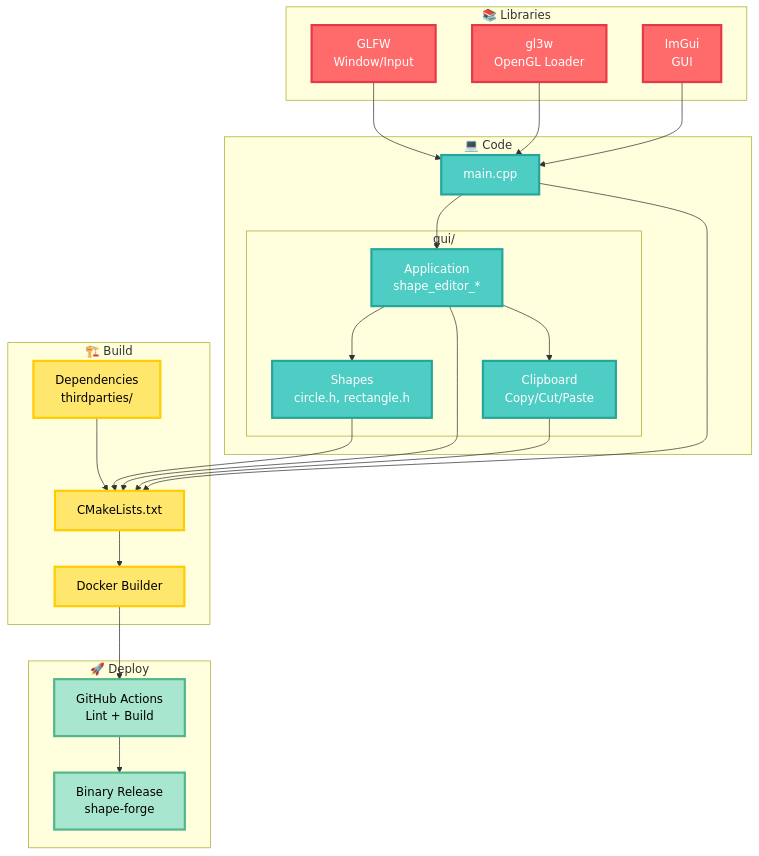
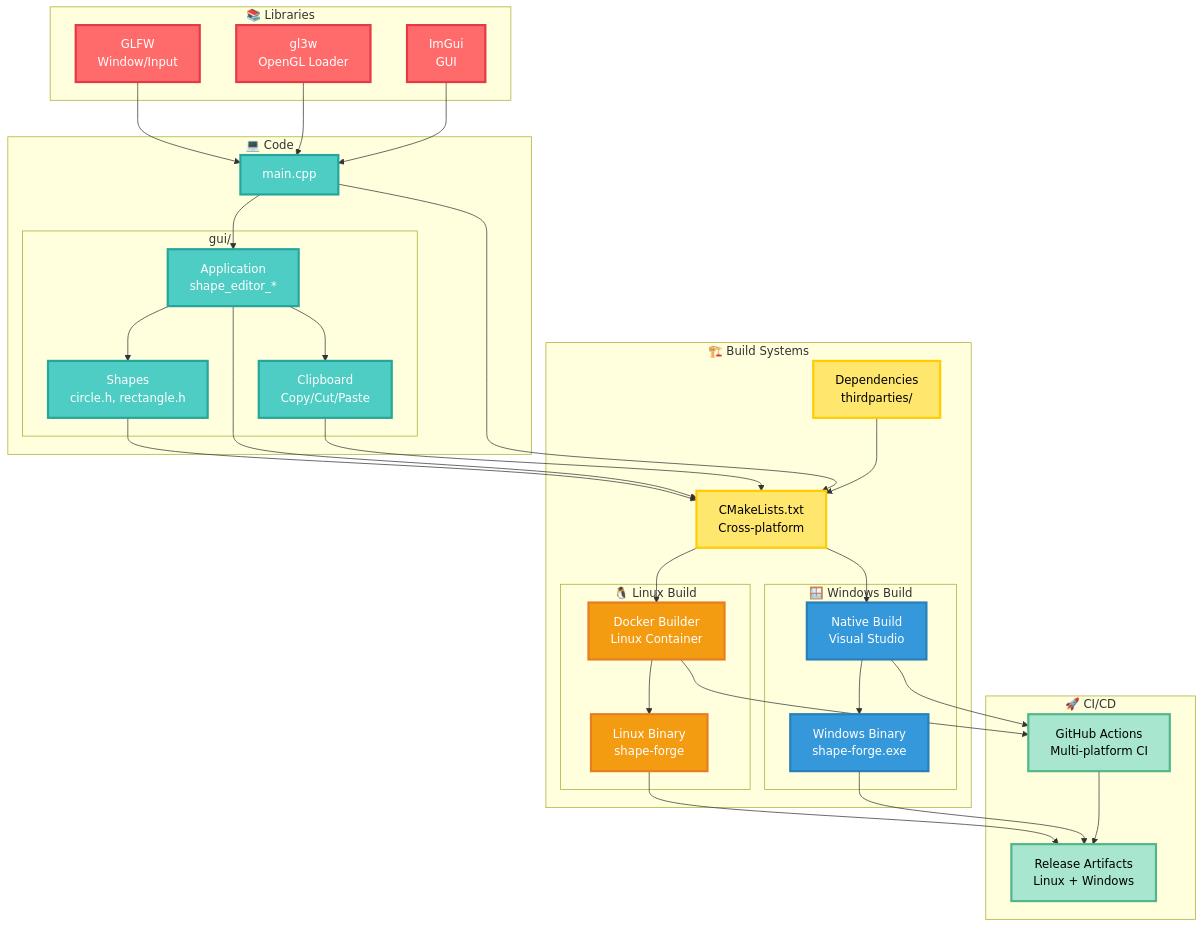
Before and after one commit to hung-truongqc/shape-forge: the diagram in README.md, drawn with Mermaid. The commit also changed other lines of this file and 10 other files, not shown here.

````diff
--- a/README.md
+++ b/README.md
@@ -50,20 +50,29 @@
         end
     end
 
-    %% Build
-    subgraph "🏗️ Build"
-        CMAKE["CMakeLists.txt"]
-        DOCKER["Docker Builder"]
+    %% Build Systems
+    subgraph "🏗️ Build Systems"
+        CMAKE["CMakeLists.txt<br/>Cross-platform"]
         DEPS["Dependencies<br/>thirdparties/"]
+        
+        subgraph "🐧 Linux Build"
+            DOCKER["Docker Builder<br/>Linux Container"]
+            LINUXBIN["Linux Binary<br/>shape-forge"]
+        end
+        
+        subgraph "🪟 Windows Build"
+            NATIVE["Native Build<br/>Visual Studio"]
+            WINBIN["Windows Binary<br/>shape-forge.exe"]
+        end
     end
 
     %% Deploy
-    subgraph "🚀 Deploy"
-        CI["GitHub Actions<br/>Lint + Build"]
-        RELEASE["Binary Release<br/>shape-forge"]
+    subgraph "🚀 CI/CD"
+        CI["GitHub Actions<br/>Multi-platform CI"]
+        RELEASE["Release Artifacts<br/>Linux + Windows"]
     end
 
-    %% Flow
+    %% Library to Code Flow
     GLFW --> MAIN
     GL3W --> MAIN
     IMGUI --> MAIN
@@ -71,24 +80,38 @@
     APP --> SHAPES
     APP --> CLIPBOARD
     
-    CMAKE --> DOCKER
-    DEPS --> CMAKE
+    %% Code to Build Flow
     SHAPES --> CMAKE
     APP --> CMAKE
     CLIPBOARD --> CMAKE
     MAIN --> CMAKE
+    DEPS --> CMAKE
     
+    %% Platform Build Flows
+    CMAKE --> DOCKER
+    CMAKE --> NATIVE
+    DOCKER --> LINUXBIN
+    NATIVE --> WINBIN
+    
+    %% CI/CD Flow
     DOCKER --> CI
+    NATIVE --> CI
+    LINUXBIN --> RELEASE
+    WINBIN --> RELEASE
     CI --> RELEASE
 
     %% Styling
     classDef lib fill:#ff6b6b,stroke:#e63946,stroke-width:3px,color:#fff
     classDef code fill:#4ecdc4,stroke:#26a69a,stroke-width:3px,color:#fff
     classDef build fill:#ffe66d,stroke:#ffcc02,stroke-width:3px,color:#000
+    classDef linux fill:#f39c12,stroke:#e67e22,stroke-width:3px,color:#fff
+    classDef windows fill:#3498db,stroke:#2980b9,stroke-width:3px,color:#fff
     classDef deploy fill:#a8e6cf,stroke:#52b788,stroke-width:3px,color:#000
 
     class GLFW,GL3W,IMGUI lib
     class MAIN,SHAPES,APP,GUI,CLIPBOARD code
-    class CMAKE,DOCKER,DEPS build
+    class CMAKE,DEPS build
+    class DOCKER,LINUXBIN linux
+    class NATIVE,WINBIN windows
     class CI,RELEASE deploy
 ```
````
